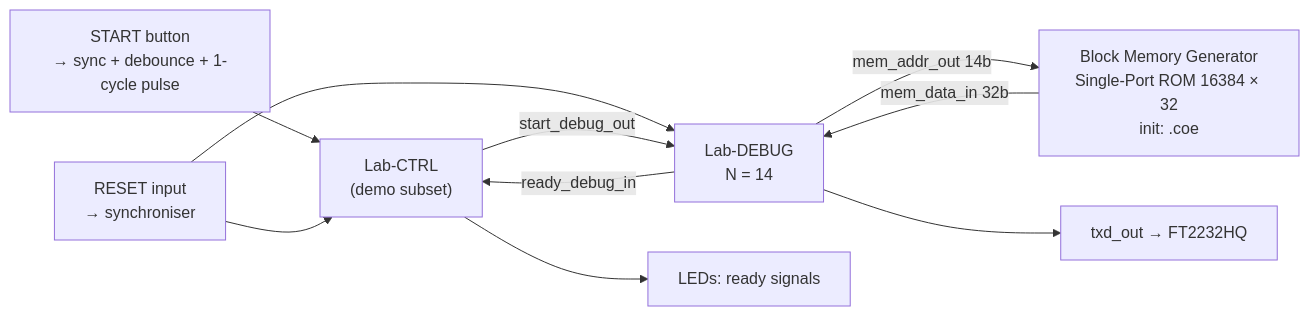
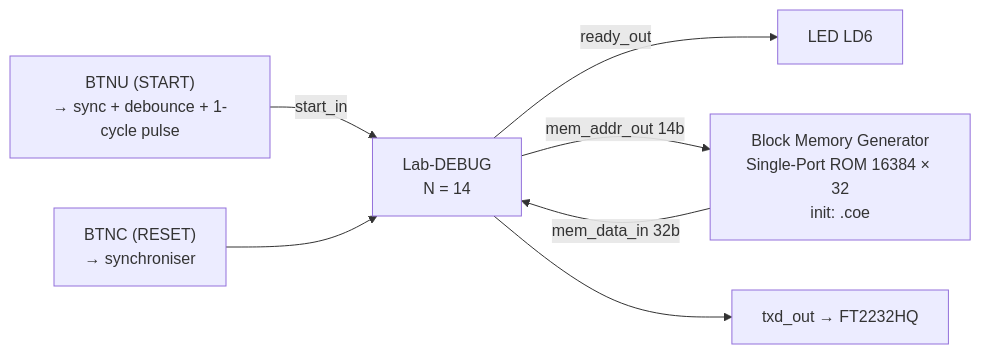
The fourth of 5 diagrams in ARCHITECTURE.md (Team-Project-Spoken-Number-Recognition/EEE491-Spoken-Number-Recognition), drawn with Mermaid before and after one commit. The commit also changed other lines of this file and 16 other files, not shown here.

````diff
--- a/ARCHITECTURE.md
+++ b/ARCHITECTURE.md
@@ -96,11 +98,9 @@
 ```mermaid
 flowchart LR
-    BTN["START button<br/>→ sync + debounce + 1-cycle pulse"] --> CTRL["Lab-CTRL<br/>(demo subset)"]
-    RST["RESET input<br/>→ synchroniser"] --> CTRL & DBG
-    CTRL -->|start_debug_out| DBG[Lab-DEBUG<br/>N = 14]
-    DBG -->|ready_debug_in| CTRL
+    BTN["BTNU (START)<br/>→ sync + debounce + 1-cycle pulse"] -->|start_in| DBG[Lab-DEBUG<br/>N = 14]
+    RST["BTNC (RESET)<br/>→ synchroniser"] --> DBG
+    DBG -->|ready_out| LED["LED LD6"]
     DBG -->|mem_addr_out 14b| ROM["Block Memory Generator<br/>Single-Port ROM 16384 × 32<br/>init: .coe"]
     ROM -->|mem_data_in 32b| DBG
     DBG --> TXD[txd_out → FT2232HQ]
-    CTRL --> LED[LEDs: ready signals]
 ```
````
